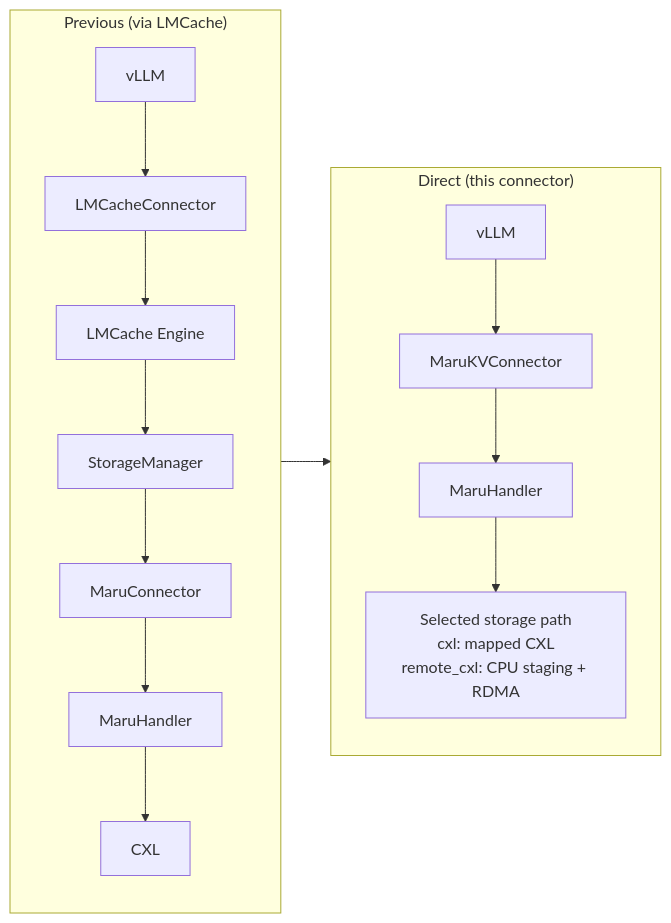
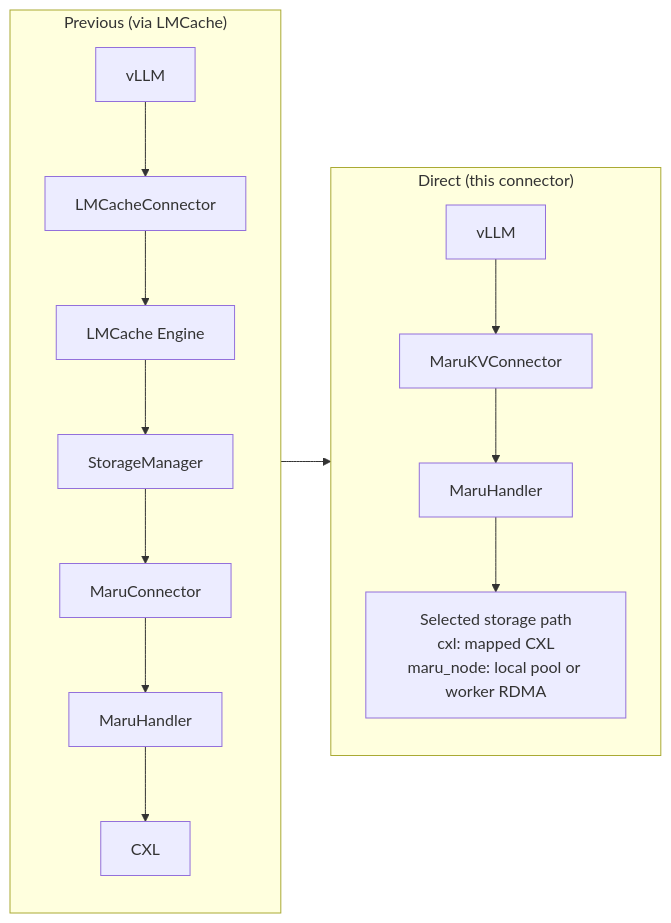
The first of 3 diagrams in docs/source/integration/vllm.md (xcena-dev/maru), drawn with Mermaid before and after one commit. The commit also changed other lines of this file and 50 other files, not shown here.

Commit message:
docs: describe the node StorageService and moving from cpu, mixed and remote_cxl

````diff
--- a/docs/source/integration/vllm.md
+++ b/docs/source/integration/vllm.md
@@ -49,17 +29,17 @@
 ```mermaid
 flowchart LR
     subgraph prev["Previous (via LMCache)"]
         direction TB
         V1["vLLM"] --> LC["LMCacheConnector"] --> LE["LMCache Engine"]
         LE --> SM["StorageManager"] --> MC["MaruConnector"]
         MC --> MH1["MaruHandler"] --> CXL1["CXL"]
     end
 
     subgraph direct["Direct (this connector)"]
         direction TB
         V2["vLLM"] --> MKV["MaruKVConnector"]
-        MKV --> MH2["MaruHandler"] --> PATH2["Selected storage path<br/>cxl: mapped CXL<br/>remote_cxl: CPU staging + RDMA"]
+        MKV --> MH2["MaruHandler"] --> PATH2["Selected storage path<br/>cxl: mapped CXL<br/>maru_node: local pool or worker RDMA"]
     end
 
     prev --> direct
 ```
````
